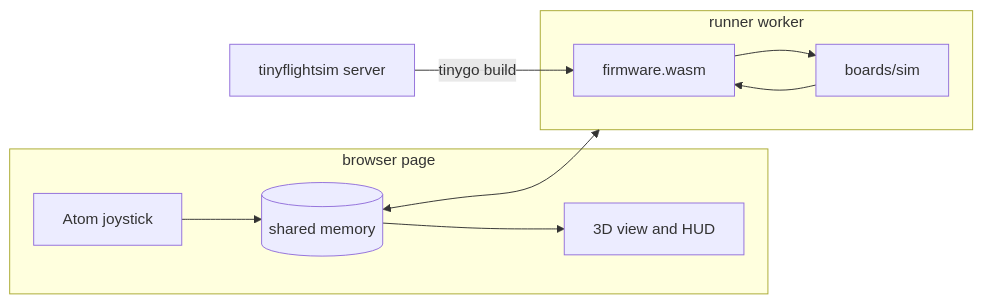
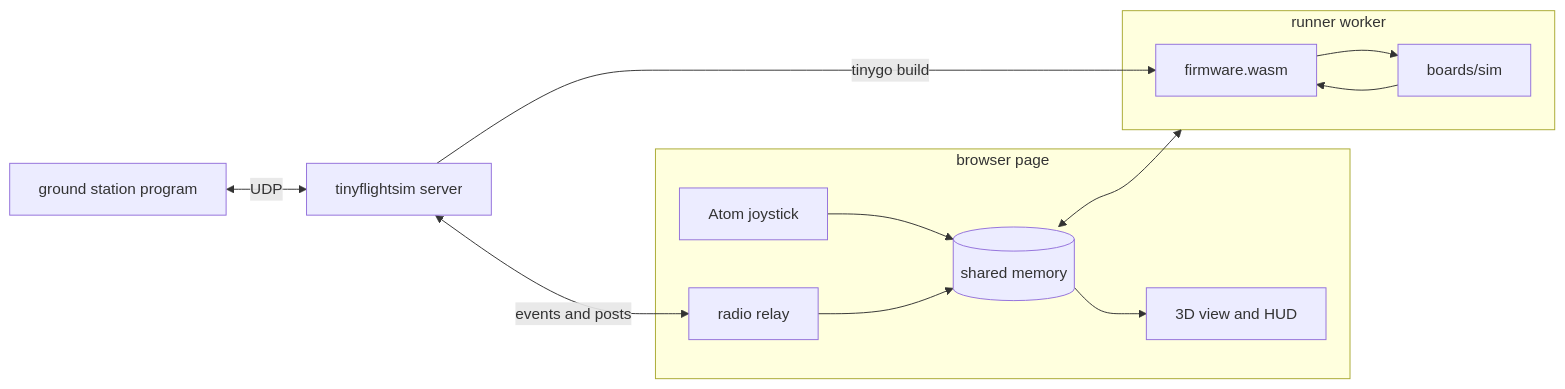
One commit to hybridgroup/tinyflight changed the diagram in docs/simulator.md. Above: the diagram before and after it, drawn with Mermaid. The commit also changed other lines of this file and 22 other files, not shown here.

First line of the commit message:
Fly ground station programs in tinyflightsim

````diff
--- a/docs/simulator.md
+++ b/docs/simulator.md
@@ -73,13 +87,16 @@
 ```mermaid
 flowchart LR
     subgraph page [browser page]
         joystick[Atom joystick] --> shared[(shared memory)]
+        relay[radio relay] --> shared
         shared --> view[3D view and HUD]
     end
     subgraph worker [runner worker]
         firmware[firmware.wasm] --> world[boards/sim]
         world --> firmware
     end
     shared <--> worker
     server[tinyflightsim server] -- tinygo build --> firmware
+    station[ground station program] <-- UDP --> server
+    server <-- events and posts --> relay
 ```
````
